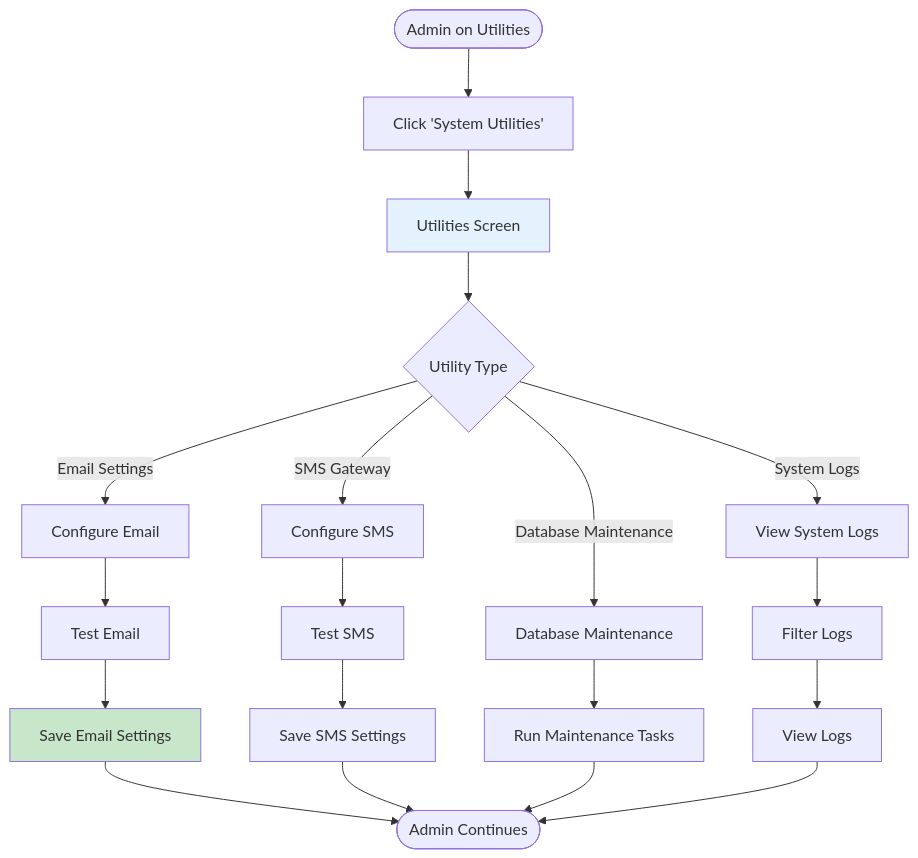
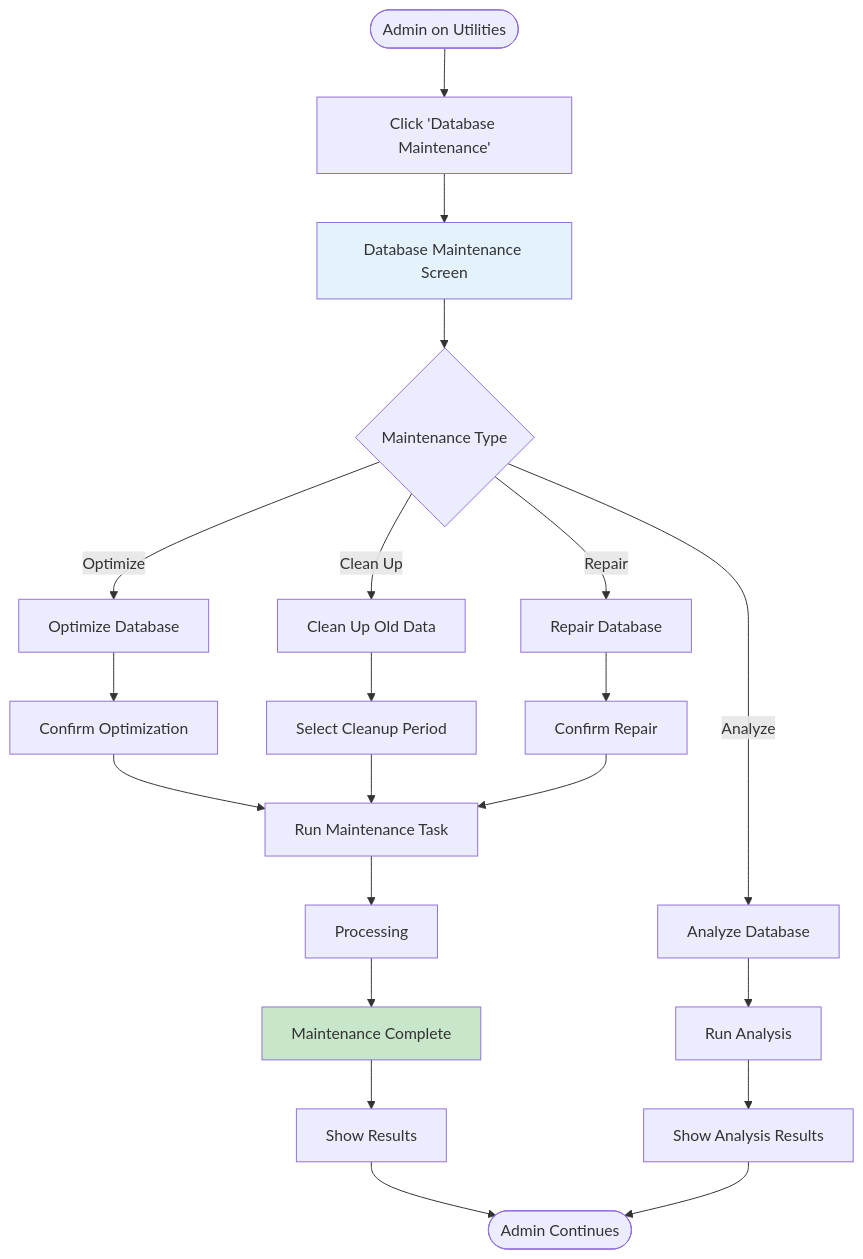
Diagram 15 of 16 in docs/modules/10-utilities-settings/USER_FLOWS.md (Armaan42/fee_management), drawn with Mermaid before and after one commit. The commit also changed other lines of this file and 2 other files, not shown here.

````diff
--- a/docs/modules/10-utilities-settings/USER_FLOWS.md
+++ b/docs/modules/10-utilities-settings/USER_FLOWS.md
@@ -134,30 +660,33 @@
 ```mermaid
 flowchart TD
-    Start([Admin on Utilities]) --> ClickUtilities[Click 'System Utilities']
-    ClickUtilities --> UtilitiesScreen[Utilities Screen]
+    Start([Admin on Utilities]) --> ClickDB[Click 'Database Maintenance']
+    ClickDB --> DBScreen[Database Maintenance Screen]
     
-    UtilitiesScreen --> UtilityChoice{Utility Type}
+    DBScreen --> MaintenanceChoice{Maintenance Type}
     
-    UtilityChoice -->|Email Settings| EmailConfig[Configure Email]
-    UtilityChoice -->|SMS Gateway| SMSConfig[Configure SMS]
-    UtilityChoice -->|Database Maintenance| DBMaintenance[Database Maintenance]
-    UtilityChoice -->|System Logs| SystemLogs[View System Logs]
+    MaintenanceChoice -->|Optimize| OptimizeDB[Optimize Database]
+    MaintenanceChoice -->|Clean Up| CleanupDB[Clean Up Old Data]
+    MaintenanceChoice -->|Repair| RepairDB[Repair Database]
+    MaintenanceChoice -->|Analyze| AnalyzeDB[Analyze Database]
     
-    EmailConfig --> TestEmail[Test Email]
-    TestEmail --> SaveEmail[Save Email Settings]
-    SaveEmail --> End([Admin Continues])
+    OptimizeDB --> ConfirmOptimize[Confirm Optimization]
+    CleanupDB --> SelectCleanupPeriod[Select Cleanup Period]
+    RepairDB --> ConfirmRepair[Confirm Repair]
+    AnalyzeDB --> RunAnalysis[Run Analysis]
     
-    SMSConfig --> TestSMS[Test SMS]
-    TestSMS --> SaveSMS[Save SMS Settings]
-    SaveSMS --> End
+    ConfirmOptimize --> RunMaintenance[Run Maintenance Task]
+    SelectCleanupPeriod --> RunMaintenance
+    ConfirmRepair --> RunMaintenance
+    RunAnalysis --> ShowAnalysisResults[Show Analysis Results]
     
-    DBMaintenance --> RunMaintenance[Run Maintenance Tasks]
-    RunMaintenance --> End
+    RunMaintenance --> ProcessingState[Processing]
+    ProcessingState --> MaintenanceComplete[Maintenance Complete]
     
-    SystemLogs --> FilterLogs[Filter Logs]
-    FilterLogs --> ViewLogs[View Logs]
-    ViewLogs --> End
+    MaintenanceComplete --> ShowResults[Show Results]
+    ShowResults --> End([Admin Continues])
     
-    style UtilitiesScreen fill:#e3f2fd
-    style SaveEmail fill:#c8e6c9
+    ShowAnalysisResults --> End
+    
+    style DBScreen fill:#e3f2fd
+    style MaintenanceComplete fill:#c8e6c9
 ```
````
